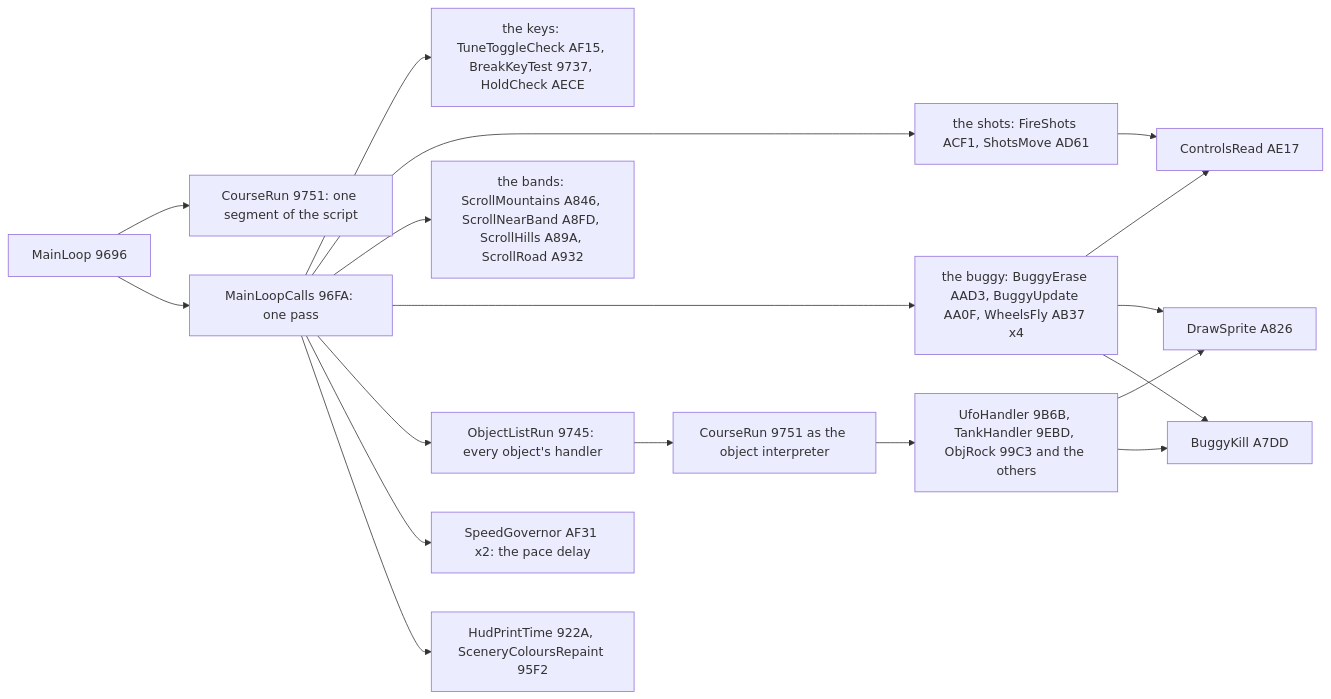
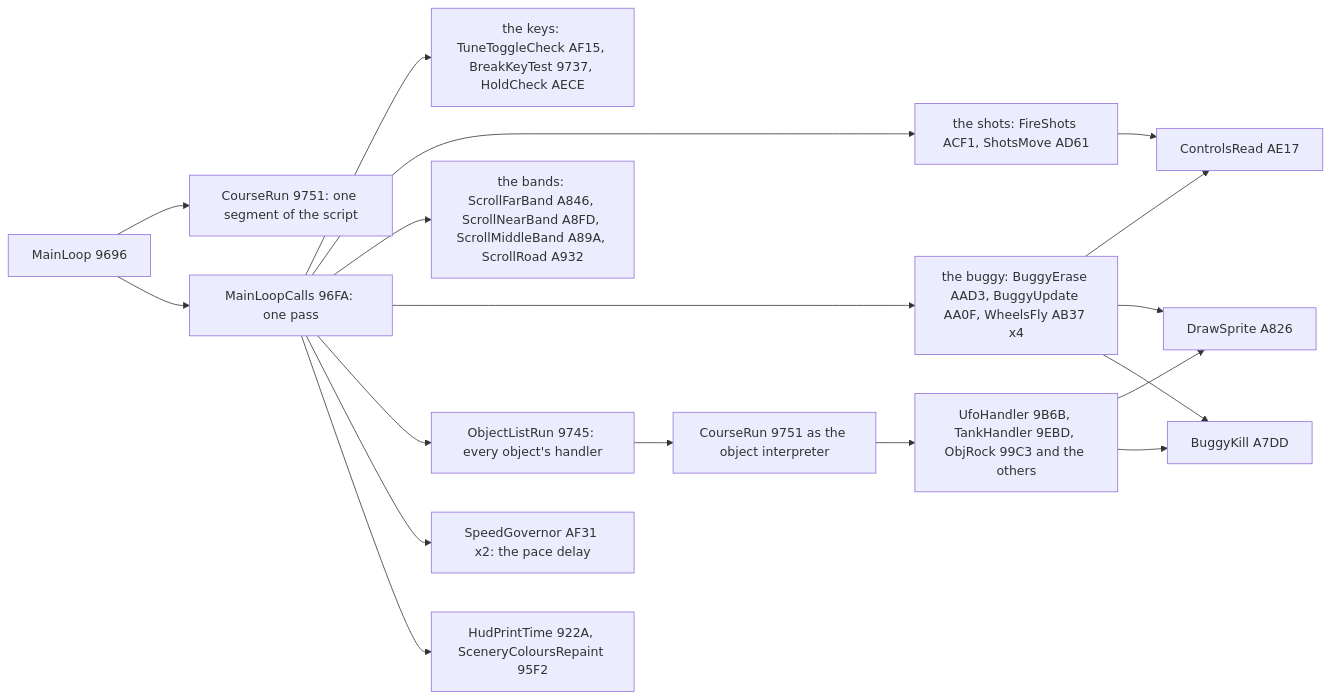
The second of 3 diagrams in games/moon-patrol/docs/02-architecture.md (alfishe/unrealng-reverse-cases), drawn with Mermaid before and after one commit. The commit also changed 59 other files, not shown here.

Commit message:
Moon Patrol docs 06-10 written (rendering, objects, HUD and text, sound, gameplay logic); docs 01-10: 6544 lines, 62 mermaid diagrams, 67 figures, 5 sound files; the scrollers named by band (ScrollFarBand, ScrollMiddleBand), UnplotRun, the writers' .ann fixes; README index and terms

````diff
--- a/games/moon-patrol/docs/02-architecture.md
+++ b/games/moon-patrol/docs/02-architecture.md
@@ -275,20 +275,20 @@
 ```mermaid
 flowchart LR
     ML[MainLoop 9696] --> CR[CourseRun 9751: one segment of the script]
     ML --> MC[MainLoopCalls 96FA: one pass]
     MC --> K[the keys: TuneToggleCheck AF15, BreakKeyTest 9737, HoldCheck AECE]
     MC --> SH[the shots: FireShots ACF1, ShotsMove AD61]
-    MC --> BG[the bands: ScrollMountains A846, ScrollNearBand A8FD, ScrollHills A89A, ScrollRoad A932]
+    MC --> BG[the bands: ScrollFarBand A846, ScrollNearBand A8FD, ScrollMiddleBand A89A, ScrollRoad A932]
     MC --> BU[the buggy: BuggyErase AAD3, BuggyUpdate AA0F, WheelsFly AB37 x4]
     MC --> OB[ObjectListRun 9745: every object's handler]
     MC --> PA[SpeedGovernor AF31 x2: the pace delay]
     MC --> HU[HudPrintTime 922A, SceneryColoursRepaint 95F2]
     BU --> CTL[ControlsRead AE17]
     SH --> CTL
     OB --> CR2[CourseRun 9751 as the object interpreter]
     CR2 --> H[UfoHandler 9B6B, TankHandler 9EBD, ObjRock 99C3 and the others]
     H --> DS[DrawSprite A826]
     BU --> DS
     H --> KILL[BuggyKill A7DD]
     BU --> KILL
 ```
````
